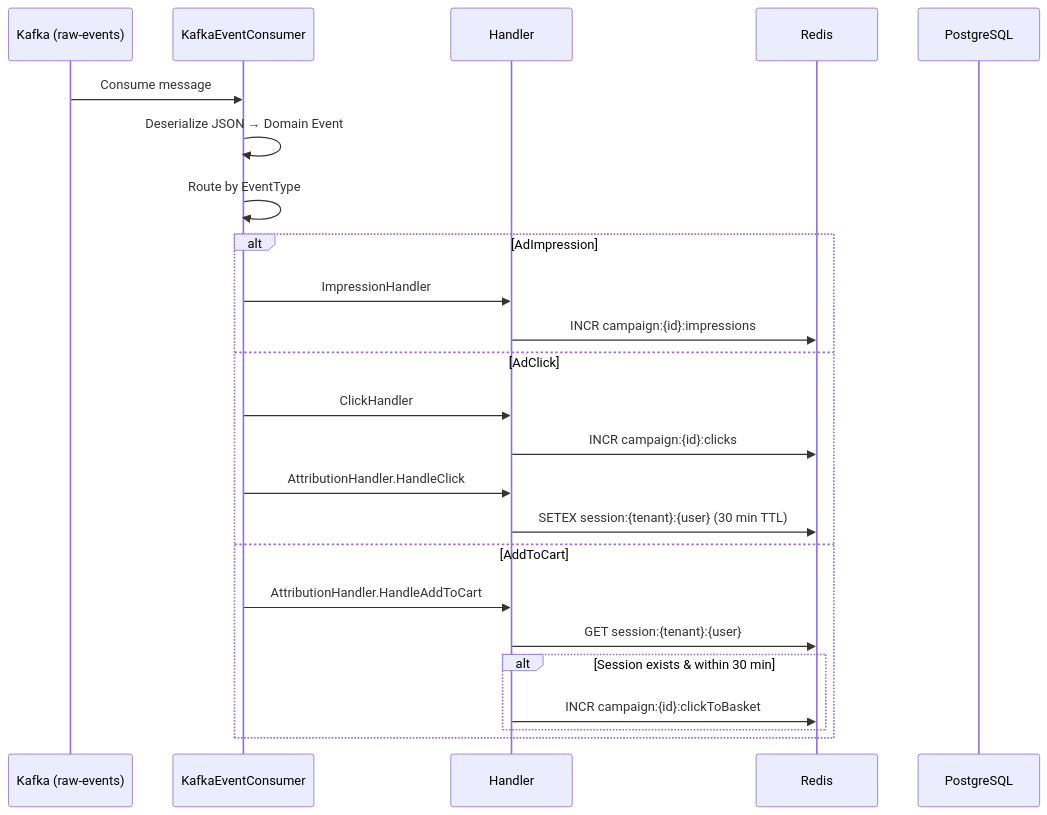
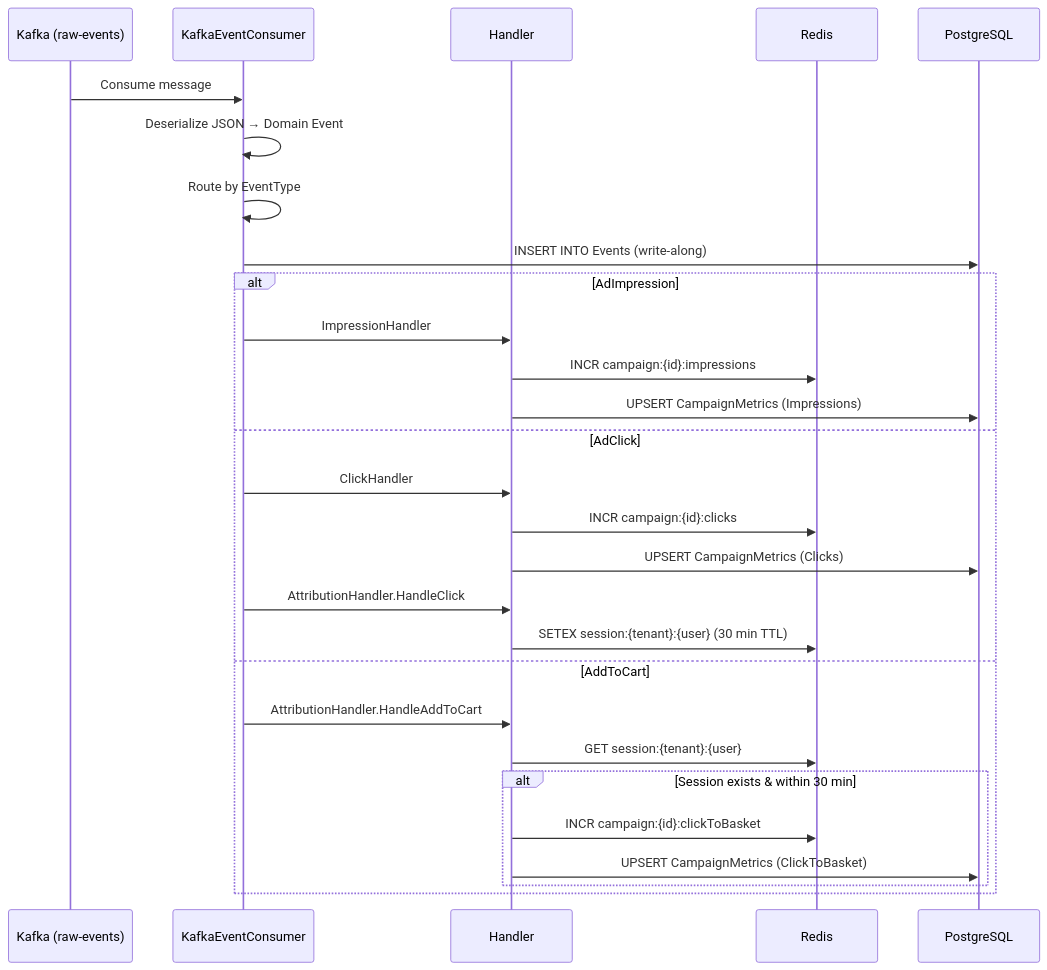
Before and after one commit to eng-HR/retail-media-streaming-platform: the second of 2 diagrams in README.md, drawn with Mermaid. The commit also changed other lines of this file and 9 other files, not shown here.

First line of the commit message:
Write-along persistence: handlers write to both Redis and PostgreSQL

````diff
--- a/README.md
+++ b/README.md
@@ -208,28 +207,32 @@
 ```mermaid
 sequenceDiagram
     participant K as Kafka (raw-events)
     participant KC as KafkaEventConsumer
     participant H as Handler
     participant R as Redis
     participant P as PostgreSQL
 
     K->>KC: Consume message
     KC->>KC: Deserialize JSON → Domain Event
     KC->>KC: Route by EventType
+    KC->>P: INSERT INTO Events (write-along)
 
     alt AdImpression
         KC->>H: ImpressionHandler
         H->>R: INCR campaign:{id}:impressions
+        H->>P: UPSERT CampaignMetrics (Impressions)
     else AdClick
         KC->>H: ClickHandler
         H->>R: INCR campaign:{id}:clicks
+        H->>P: UPSERT CampaignMetrics (Clicks)
         KC->>H: AttributionHandler.HandleClick
         H->>R: SETEX session:{tenant}:{user} (30 min TTL)
     else AddToCart
         KC->>H: AttributionHandler.HandleAddToCart
         H->>R: GET session:{tenant}:{user}
         alt Session exists & within 30 min
             H->>R: INCR campaign:{id}:clickToBasket
+            H->>P: UPSERT CampaignMetrics (ClickToBasket)
         end
     end
 ```
````
